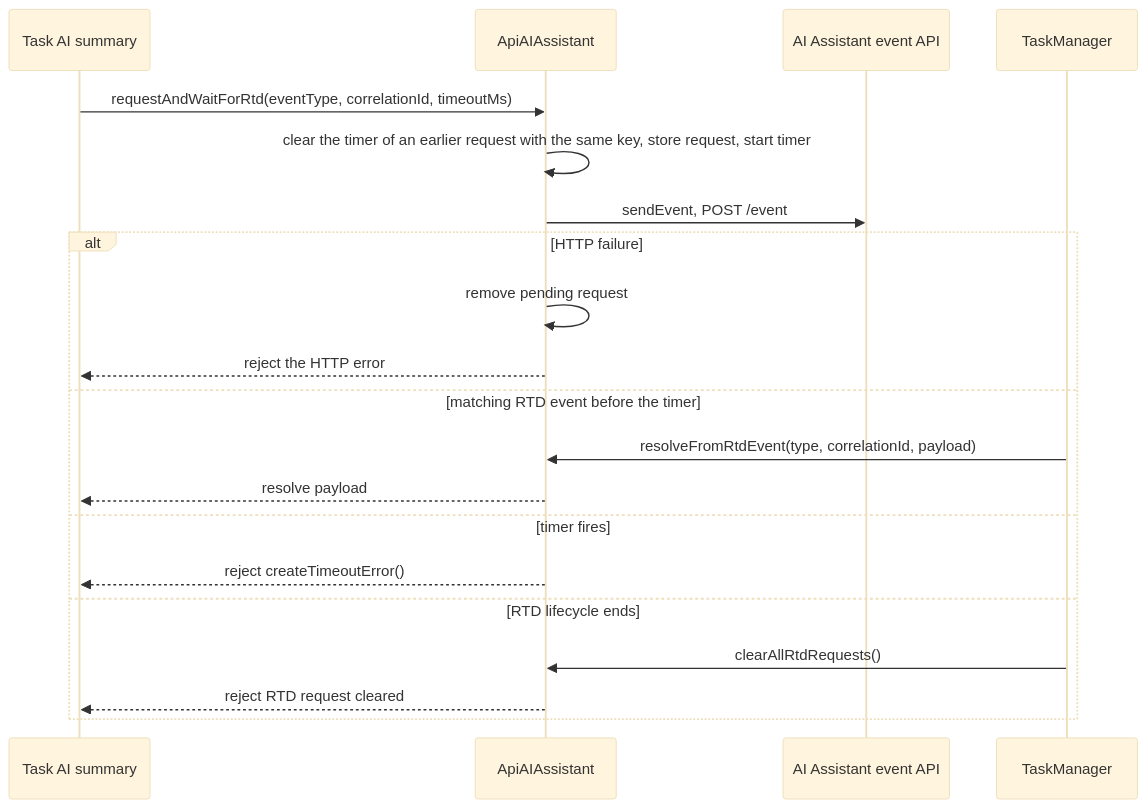
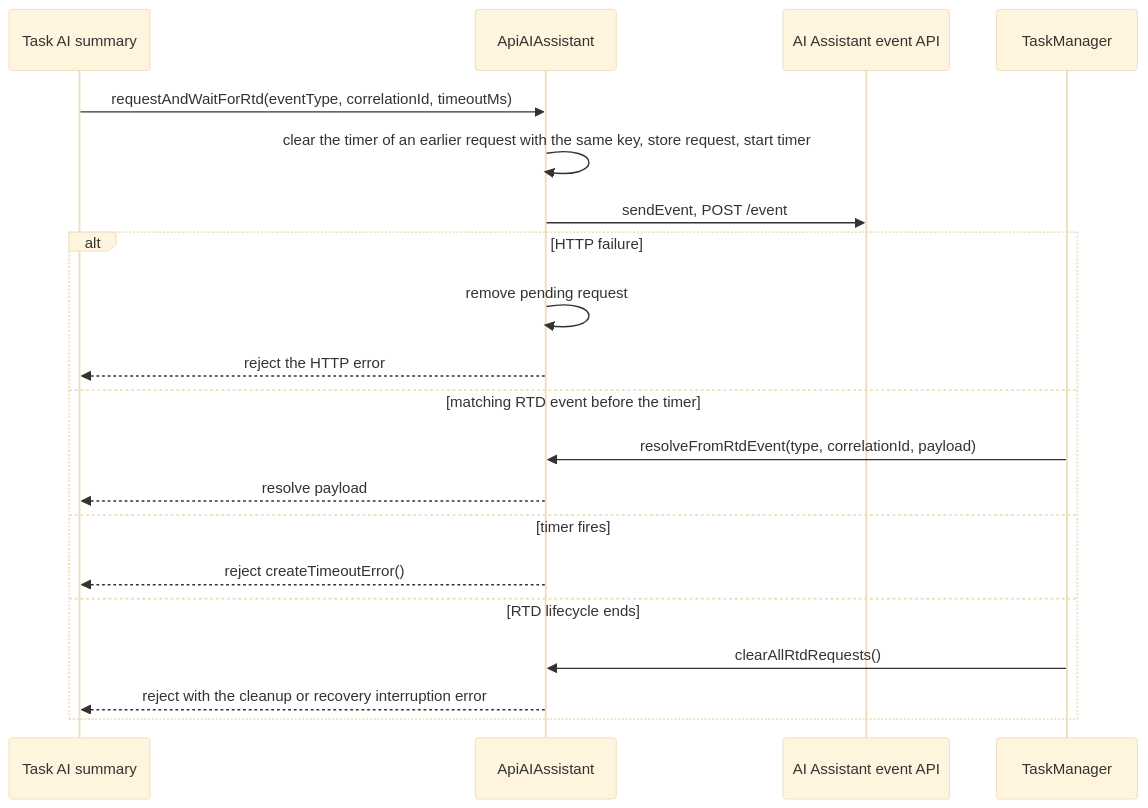
Before and after one commit to webex/webex-js-sdk: the fifth of 12 diagrams in packages/@webex/contact-center/src/services/docs/README.md, drawn with Mermaid (base theme). The commit also changed other lines of this file and 23 other files, not shown here.

````diff
--- a/packages/@webex/contact-center/src/services/docs/README.md
+++ b/packages/@webex/contact-center/src/services/docs/README.md
@@ -410,22 +410,22 @@
 ```mermaid
 sequenceDiagram
   participant T as Task AI summary
   participant AI as ApiAIAssistant
   participant SVC as AI Assistant event API
   participant TM as TaskManager
   T->>AI: requestAndWaitForRtd(eventType, correlationId, timeoutMs)
   AI->>AI: clear the timer of an earlier request with the same key, store request, start timer
   AI->>SVC: sendEvent, POST /event
   alt HTTP failure
     AI->>AI: remove pending request
     AI-->>T: reject the HTTP error
   else matching RTD event before the timer
     TM->>AI: resolveFromRtdEvent(type, correlationId, payload)
     AI-->>T: resolve payload
   else timer fires
     AI-->>T: reject createTimeoutError()
   else RTD lifecycle ends
     TM->>AI: clearAllRtdRequests()
-    AI-->>T: reject RTD request cleared
+    AI-->>T: reject with the cleanup or recovery interruption error
   end
 ```
````
